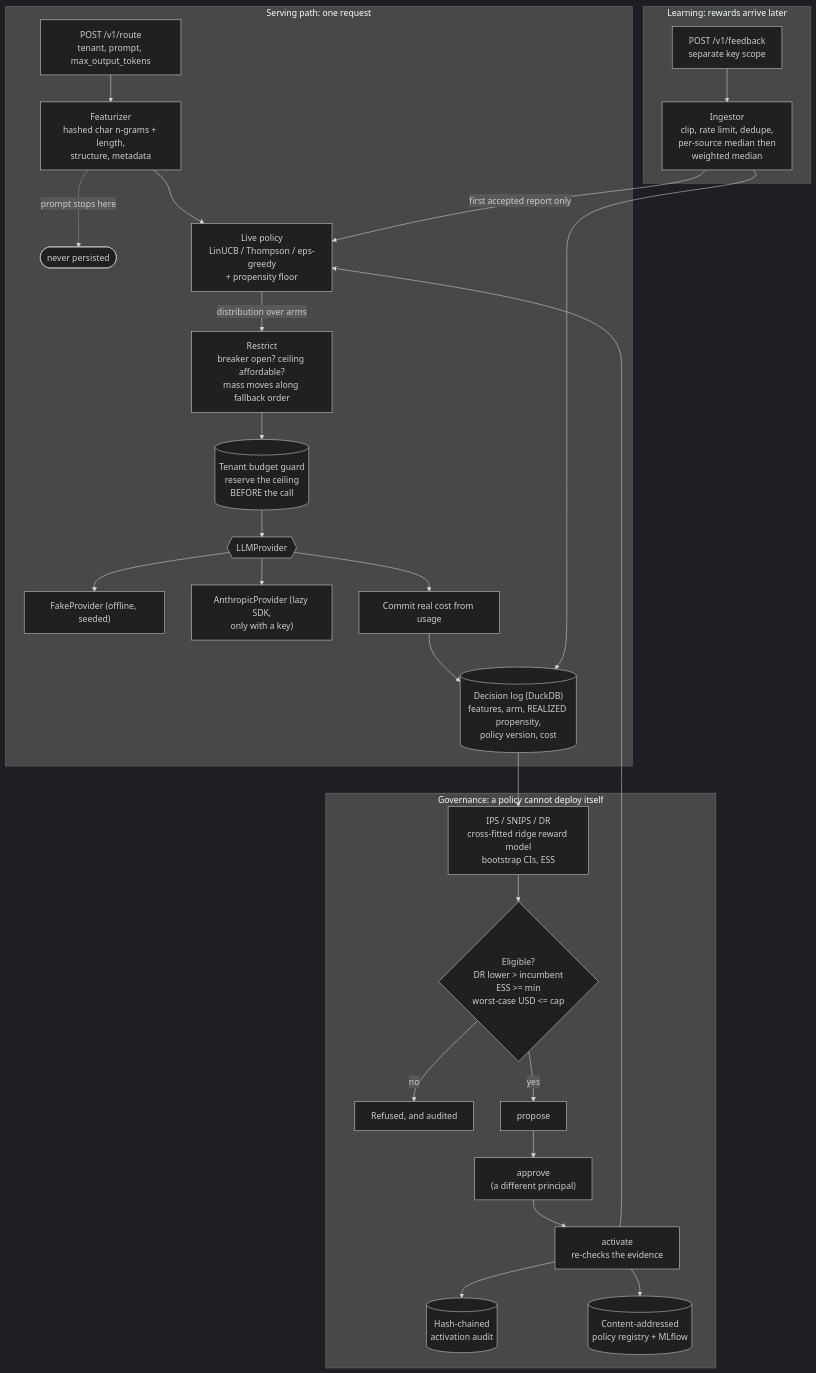
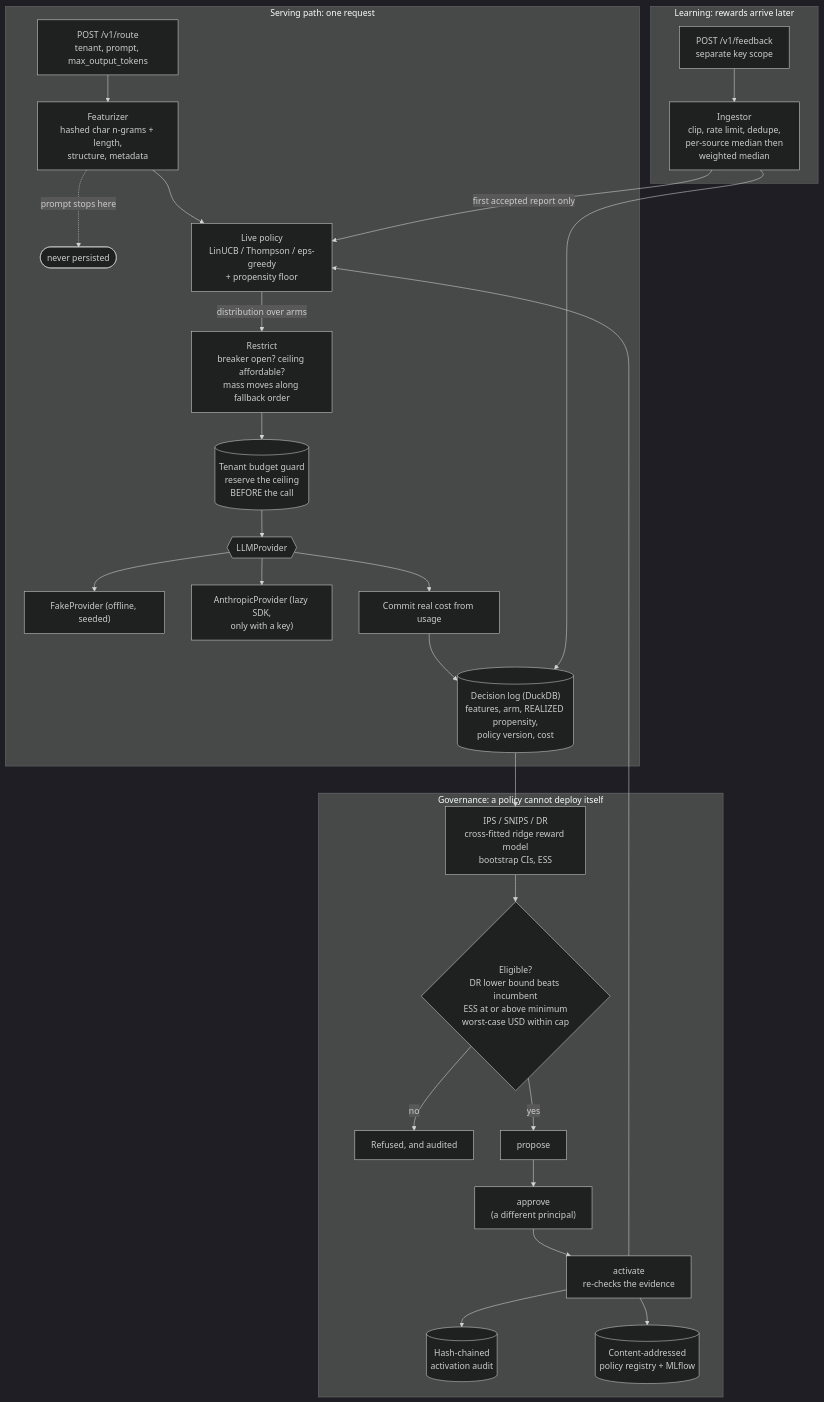
One commit to rouviere-german/bandit-llm-router changed the diagram in README.md. Above: the diagram before and after it, drawn with Mermaid (dark theme).

Commit message:
docs: plain-language gate labels in the diagram, and project-specific contributing rules
Comparison operators inside a mermaid rhombus label are a rendering risk for no
benefit, so the screening gate's conditions are spelled out in words.

CONTRIBUTING gains the two rules that are specific to this repo: any change that
alters the probability with which an arm is chosen must alter the logged propensity
in the same commit, and bench threshold arithmetic is treated as production code
because a threshold that passes for the wrong reason is worse than none.

````diff
--- a/README.md
+++ b/README.md
@@ -33,33 +33,33 @@
 ```mermaid
 flowchart TB
     subgraph serve["Serving path: one request"]
         req["POST /v1/route<br/>tenant, prompt, max_output_tokens"] --> feat["Featurizer<br/>hashed char n-grams + length,<br/>structure, metadata"]
         feat -.->|"prompt stops here"| stop(["never persisted"])
         feat --> pol["Live policy<br/>LinUCB / Thompson / eps-greedy<br/>+ propensity floor"]
         pol -->|"distribution over arms"| restrict["Restrict<br/>breaker open? ceiling affordable?<br/>mass moves along fallback order"]
         restrict --> reserve[("Tenant budget guard<br/>reserve the ceiling<br/>BEFORE the call")]
         reserve --> prov{{"LLMProvider"}}
         prov --> fake["FakeProvider (offline, seeded)"]
         prov --> claude["AnthropicProvider (lazy SDK,<br/>only with a key)"]
         prov --> commit["Commit real cost from usage"]
         commit --> log[("Decision log (DuckDB)<br/>features, arm, REALIZED propensity,<br/>policy version, cost")]
     end
 
     subgraph learn["Learning: rewards arrive later"]
         fb["POST /v1/feedback<br/>separate key scope"] --> ing["Ingestor<br/>clip, rate limit, dedupe,<br/>per-source median then<br/>weighted median"]
         ing --> log
         ing -->|"first accepted report only"| pol
     end
 
     subgraph gov["Governance: a policy cannot deploy itself"]
         log --> ope["IPS / SNIPS / DR<br/>cross-fitted ridge reward model<br/>bootstrap CIs, ESS"]
-        ope --> screen{"Eligible?<br/>DR lower > incumbent<br/>ESS >= min<br/>worst-case USD <= cap"}
+        ope --> screen{"Eligible?<br/>DR lower bound beats incumbent<br/>ESS at or above minimum<br/>worst-case USD within cap"}
         screen -->|no| refuse["Refused, and audited"]
         screen -->|yes| propose["propose"]
         propose --> approve["approve<br/>(a different principal)"]
         approve --> activate["activate<br/>re-checks the evidence"]
         activate --> pol
         activate --> audit[("Hash-chained<br/>activation audit")]
         activate --> reg[("Content-addressed<br/>policy registry + MLflow")]
     end
 ```
````
